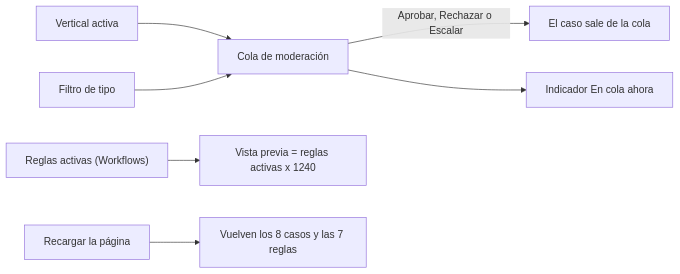
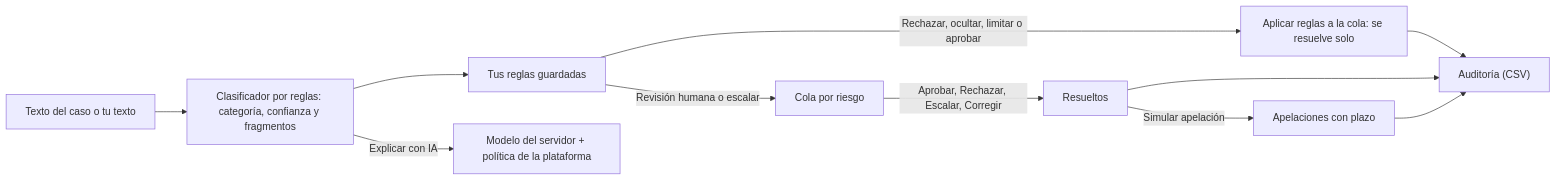
Before and after one commit to ronalc90/koptup: the diagram in docs/wiki/Guia-Demo-moderacion-contenido.md, drawn with Mermaid. The commit also changed other lines of this file and 56 other files, not shown here.

````diff
--- a/docs/wiki/Guia-Demo-moderacion-contenido.md
+++ b/docs/wiki/Guia-Demo-moderacion-contenido.md
@@ -156,9 +23,13 @@
 ```mermaid
 flowchart LR
-    V["Vertical activa"] --> C["Cola de moderación"]
-    T["Filtro de tipo"] --> C
-    C -->|"Aprobar, Rechazar o Escalar"| Q["El caso sale de la cola"]
-    C --> M["Indicador En cola ahora"]
-    R["Reglas activas (Workflows)"] --> P["Vista previa = reglas activas x 1240"]
-    X["Recargar la página"] --> I["Vuelven los 8 casos y las 7 reglas"]
+    T["Texto del caso o tu texto"] --> C["Clasificador por reglas: categoría, confianza y fragmentos"]
+    C --> R["Tus reglas guardadas"]
+    R -->|"Rechazar, ocultar, limitar o aprobar"| A["Aplicar reglas a la cola: se resuelve solo"]
+    R -->|"Revisión humana o escalar"| Q["Cola por riesgo"]
+    Q -->|"Aprobar, Rechazar, Escalar, Corregir"| D["Resueltos"]
+    A --> L["Auditoría (CSV)"]
+    D --> L
+    D -->|"Simular apelación"| P["Apelaciones con plazo"]
+    P --> L
+    C -->|"Explicar con IA"| IA["Modelo del servidor + política de la plataforma"]
 ```
````
